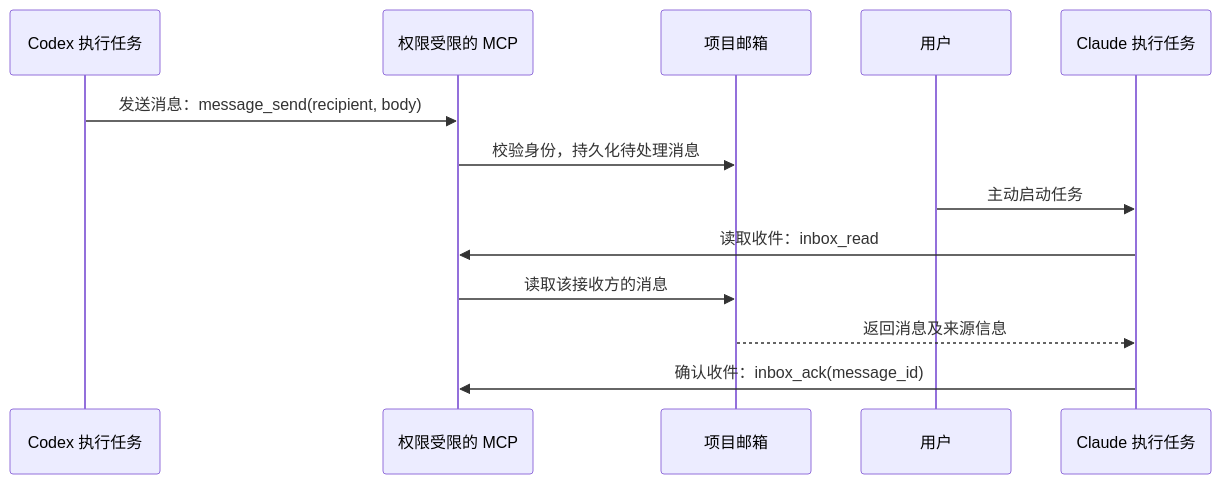
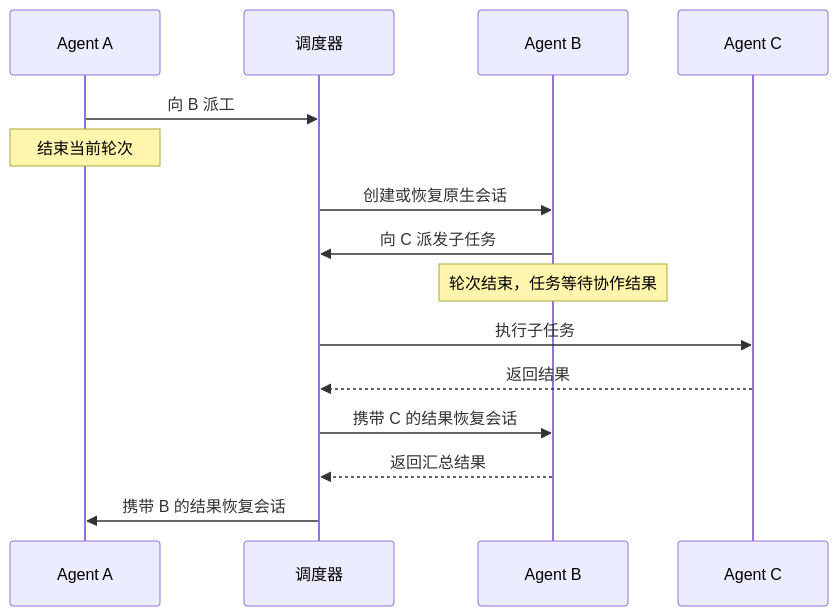
One commit to NginxL/AgentDock changed the third of 3 diagrams in docs/ARCHITECTURE.zh-CN.md. Above: the diagram before and after it, drawn with Mermaid. The commit also changed other lines of this file and 53 other files, not shown here.

````diff
--- a/docs/ARCHITECTURE.zh-CN.md
+++ b/docs/ARCHITECTURE.zh-CN.md
@@ -69,15 +65,17 @@
 ```mermaid
 sequenceDiagram
-  participant A as Codex 执行任务
-  participant MCP as 权限受限的 MCP
-  participant DB as 项目邮箱
-  participant H as 用户
-  participant B as Claude 执行任务
-  A->>MCP: 发送消息：message_send(recipient, body)
-  MCP->>DB: 校验身份，持久化待处理消息
-  H->>B: 主动启动任务
-  B->>MCP: 读取收件：inbox_read
-  MCP->>DB: 读取该接收方的消息
-  DB-->>B: 返回消息及来源信息
-  B->>MCP: 确认收件：inbox_ack(message_id)
+  participant A as Agent A
+  participant Q as 调度器
+  participant B as Agent B
+  participant C as Agent C
+  A->>Q: 向 B 派工
+  Note over A: 结束当前轮次
+  Q->>B: 创建或恢复原生会话
+  B->>Q: 向 C 派发子任务
+  Note over B: 轮次结束，任务等待协作结果
+  Q->>C: 执行子任务
+  C-->>Q: 返回结果
+  Q->>B: 携带 C 的结果恢复会话
+  B-->>Q: 返回汇总结果
+  Q->>A: 携带 B 的结果恢复会话
 ```
````
